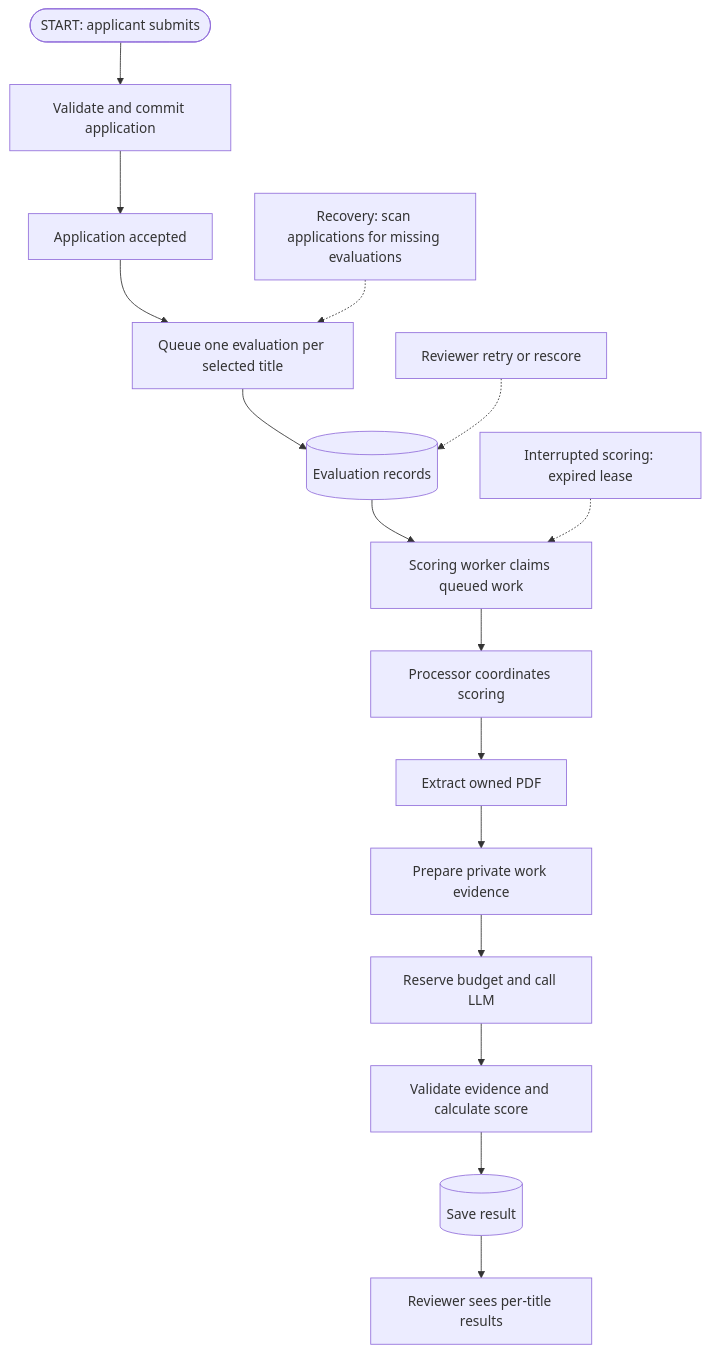
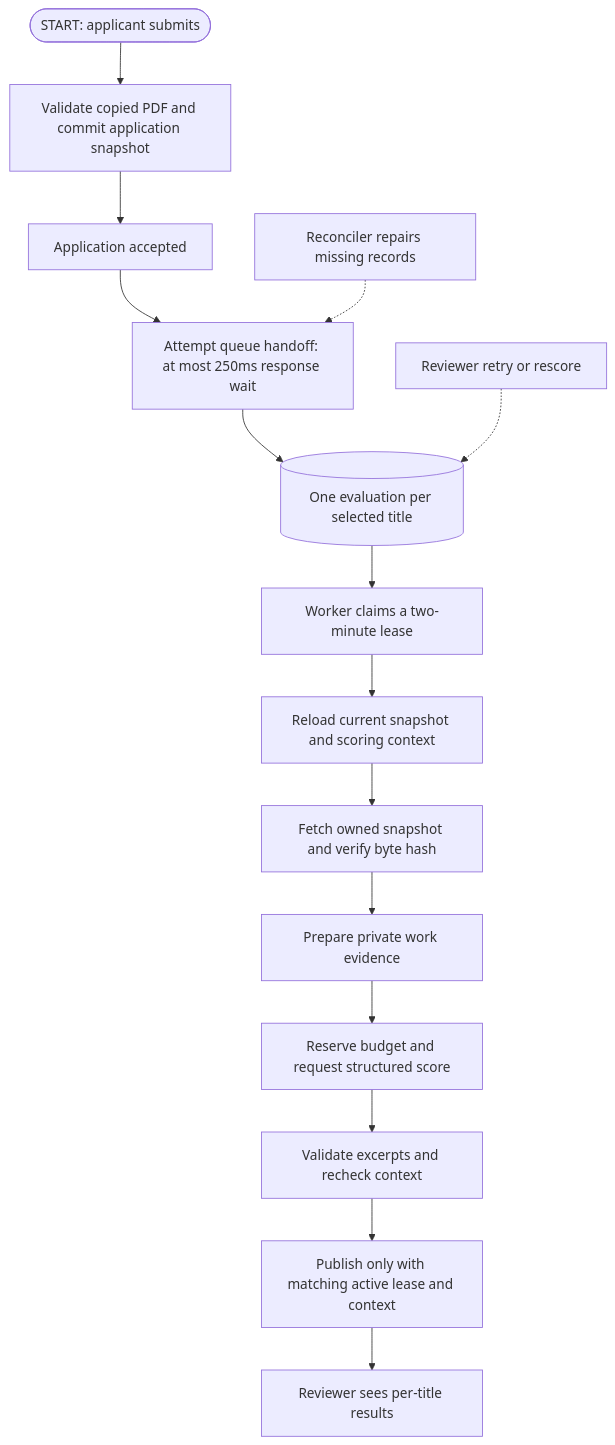
Before and after one commit to kcempol/PeoplePortalServer: the diagram in peopleportal/server/src/services/ats/README.md, drawn with Mermaid. The commit also changed other lines of this file and 14 other files, not shown here.

````diff
--- a/peopleportal/server/src/services/ats/README.md
+++ b/peopleportal/server/src/services/ats/README.md
@@ -95,19 +7,17 @@
 ```mermaid
 flowchart TD
-    Start([START: applicant submits]) --> Submit[Validate and commit application]
-    Submit --> Accepted[Application accepted]
-    Accepted --> AutoQueue[Queue one evaluation per selected title]
-    AutoQueue --> Queue[(Evaluation records)]
-    Queue --> Worker[Scoring worker claims queued work]
-    Worker --> Processor[Processor coordinates scoring]
-    Processor --> Extract[Extract owned PDF]
-    Extract --> Privacy[Prepare private work evidence]
-    Privacy --> Provider[Reserve budget and call LLM]
-    Provider --> Validate[Validate evidence and calculate score]
-    Validate --> Result[(Save result)]
-    Result --> UI[Reviewer sees per-title results]
-
-    Reconcile[Recovery: scan applications for missing evaluations] -.-> AutoQueue
-    Manual[Reviewer retry or rescore] -.-> Queue
-    Interrupted[Interrupted scoring: expired lease] -.-> Worker
+    Start([START: applicant submits]) --> Save[Validate copied PDF and commit application snapshot]
+    Save --> Accepted[Application accepted]
+    Accepted --> Queue[Attempt queue handoff: at most 250ms response wait]
+    Queue --> Records[(One evaluation per selected title)]
+    Recovery[Reconciler repairs missing records] -.-> Queue
+    Records --> Claim[Worker claims a two-minute lease]
+    Claim --> Context[Reload current snapshot and scoring context]
+    Context --> PDF[Fetch owned snapshot and verify byte hash]
+    PDF --> Prepare[Prepare private work evidence]
+    Prepare --> Model[Reserve budget and request structured score]
+    Model --> Check[Validate excerpts and recheck context]
+    Check --> Finish[Publish only with matching active lease and context]
+    Finish --> Review[Reviewer sees per-title results]
+    Retry[Reviewer retry or rescore] -.-> Records
 ```
````
